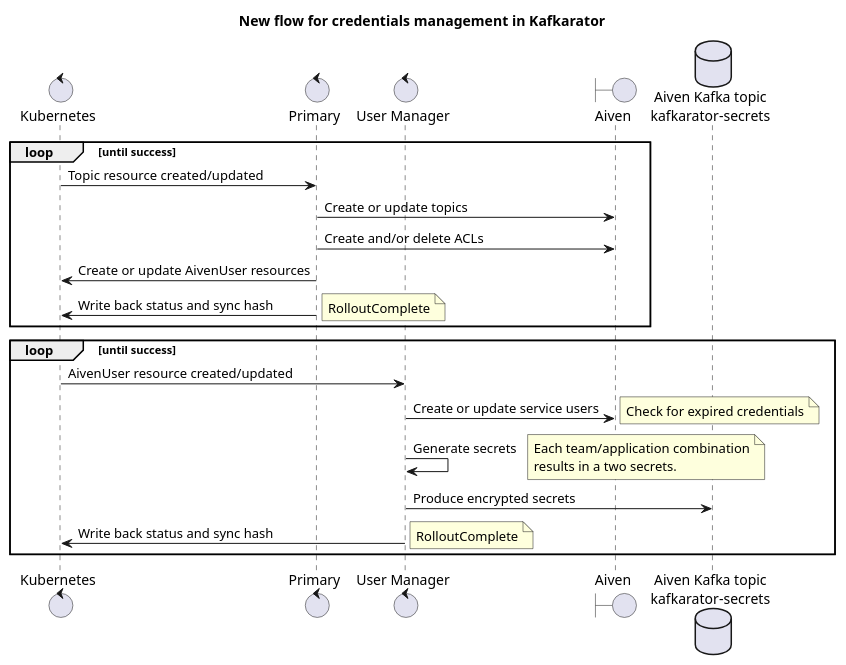
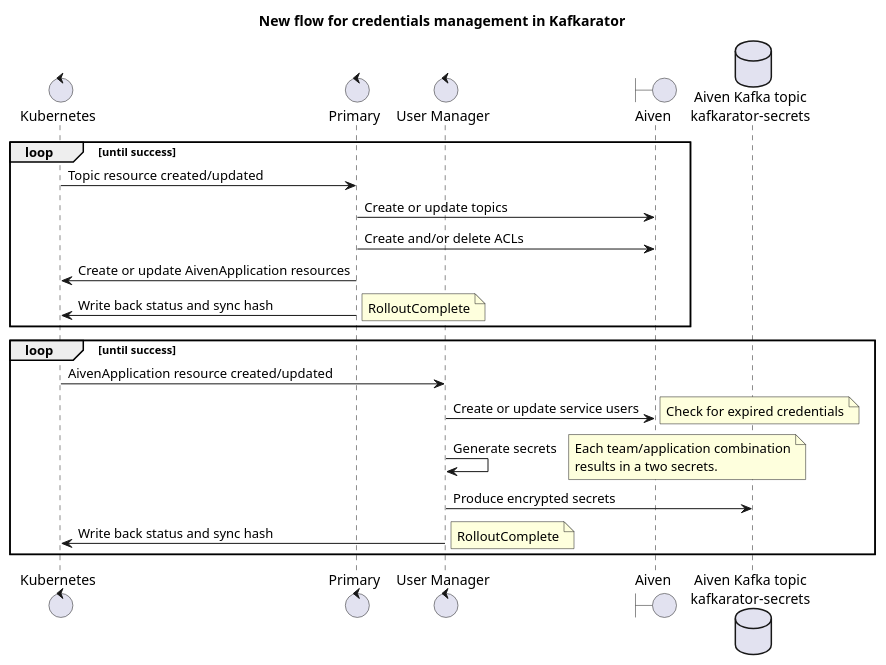
One commit to nais/kafkarator changed the diagram in doc/adr/0005-new-synchronization-flow.puml. Above: the diagram before and after it, drawn with PlantUML. The commit also changed 2 other files, not shown here.

Commit message:
Change name of new CRD to AivenApplication

```diff
--- a/doc/adr/0005-new-synchronization-flow.puml
+++ b/doc/adr/0005-new-synchronization-flow.puml
@@ -1,31 +1,31 @@
 @startuml
 
 title New flow for credentials management in Kafkarator
 
 control kubernetes as "Kubernetes"
 control primary as "Primary"
 control userManager as "User Manager"
 boundary aiven as "Aiven"
 database kafka as "Aiven Kafka topic\nkafkarator-secrets"
 
 loop until success
 kubernetes -> primary : Topic resource created/updated
 primary -> aiven : Create or update topics
 primary -> aiven : Create and/or delete ACLs
-primary -> kubernetes : Create or update AivenUser resources
+primary -> kubernetes : Create or update AivenApplication resources
 primary -> kubernetes : Write back status and sync hash
 note right: RolloutComplete
 end
 
 loop until success
-kubernetes -> userManager : AivenUser resource created/updated
+kubernetes -> userManager : AivenApplication resource created/updated
 userManager -> aiven : Create or update service users
 note right: Check for expired credentials
 userManager -> userManager : Generate secrets
 note right: Each team/application combination\nresults in a two secrets.
 userManager -> kafka : Produce encrypted secrets
 userManager -> kubernetes : Write back status and sync hash
 note right: RolloutComplete
 end
 
 @enduml
```
